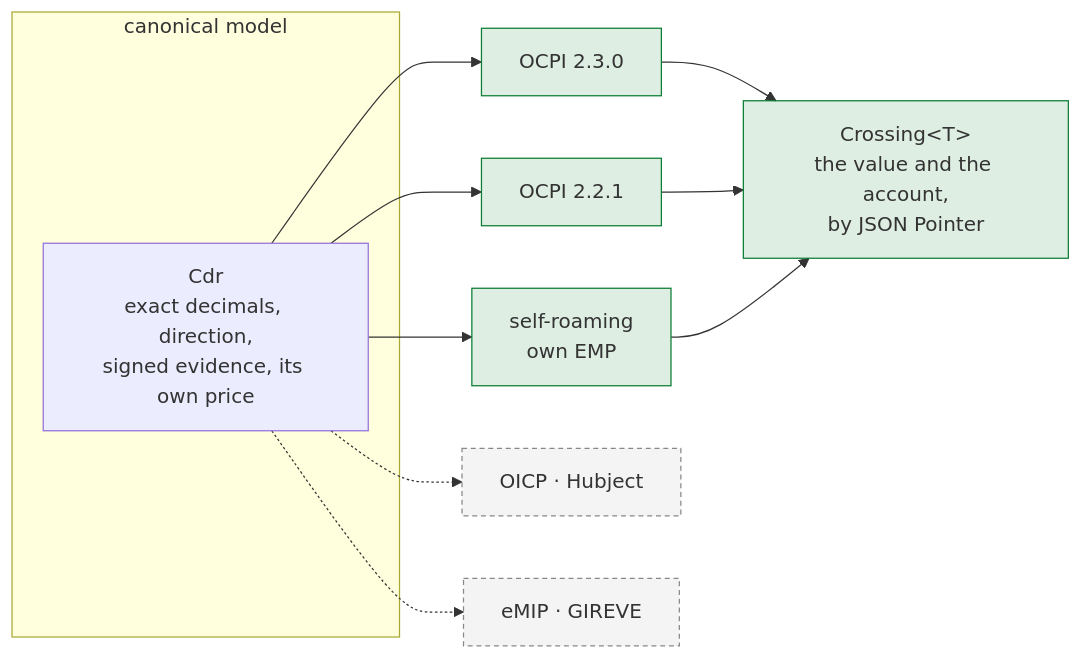
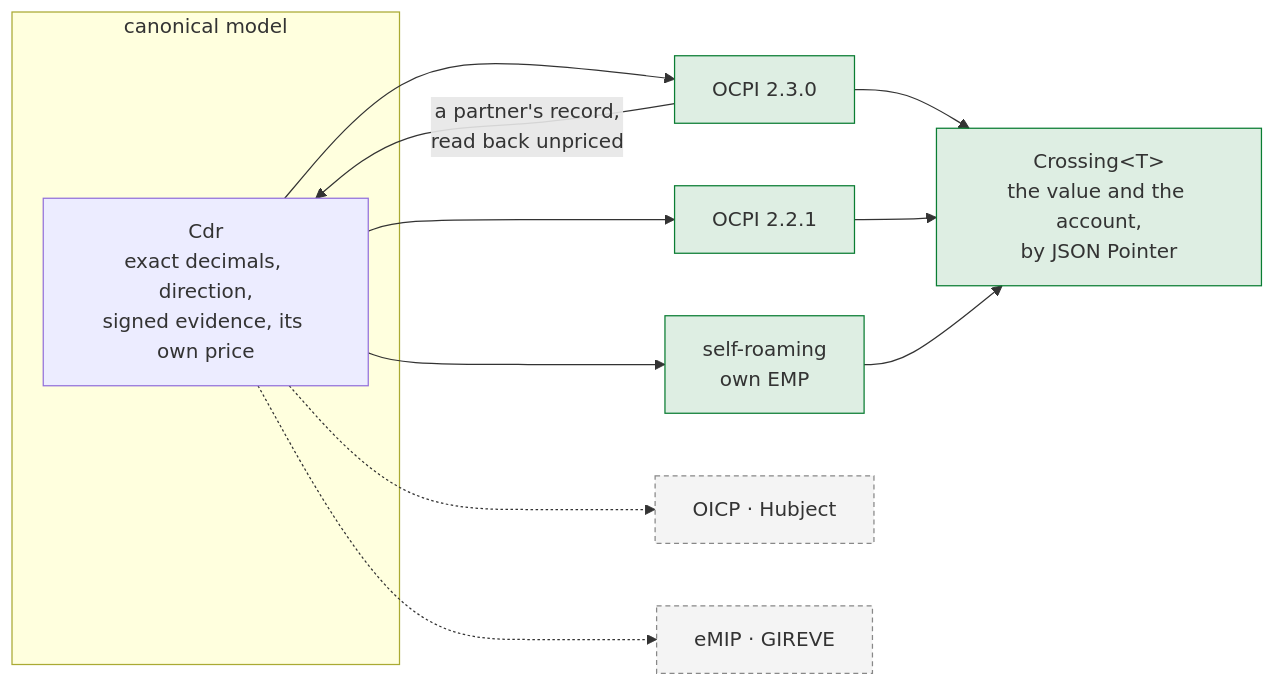
The diagram in site/content/docs/roaming.md (hupe1980/emob), drawn with Mermaid before and after one commit. The commit also changed other lines of this file and 31 other files, not shown here.

````diff
--- a/site/content/docs/roaming.md
+++ b/site/content/docs/roaming.md
@@ -25,21 +25,22 @@
 ```mermaid
 flowchart LR
     subgraph canon["canonical model"]
         CDR["Cdr<br/>exact decimals, direction,<br/>signed evidence, its own price"]
     end
 
     CDR --> X23["OCPI 2.3.0"]
     CDR --> X22["OCPI 2.2.1"]
     CDR --> SELF["self-roaming<br/>own EMP"]
     CDR -.-> OICP["OICP · Hubject"]
     CDR -.-> EMIP["eMIP · GIREVE"]
 
     X23 --> ACC["Crossing&lt;T&gt;<br/>the value and the account,<br/>by JSON Pointer"]
     X22 --> ACC
     SELF --> ACC
+    X23 -->|"a partner's record,<br/>read back unpriced"| CDR
 
     classDef built fill:#0a7d3322,stroke:#0a7d33
     classDef planned fill:#88888818,stroke:#888,stroke-dasharray:4 3
     class X23,X22,SELF,ACC built
     class OICP,EMIP planned
 ```
````
